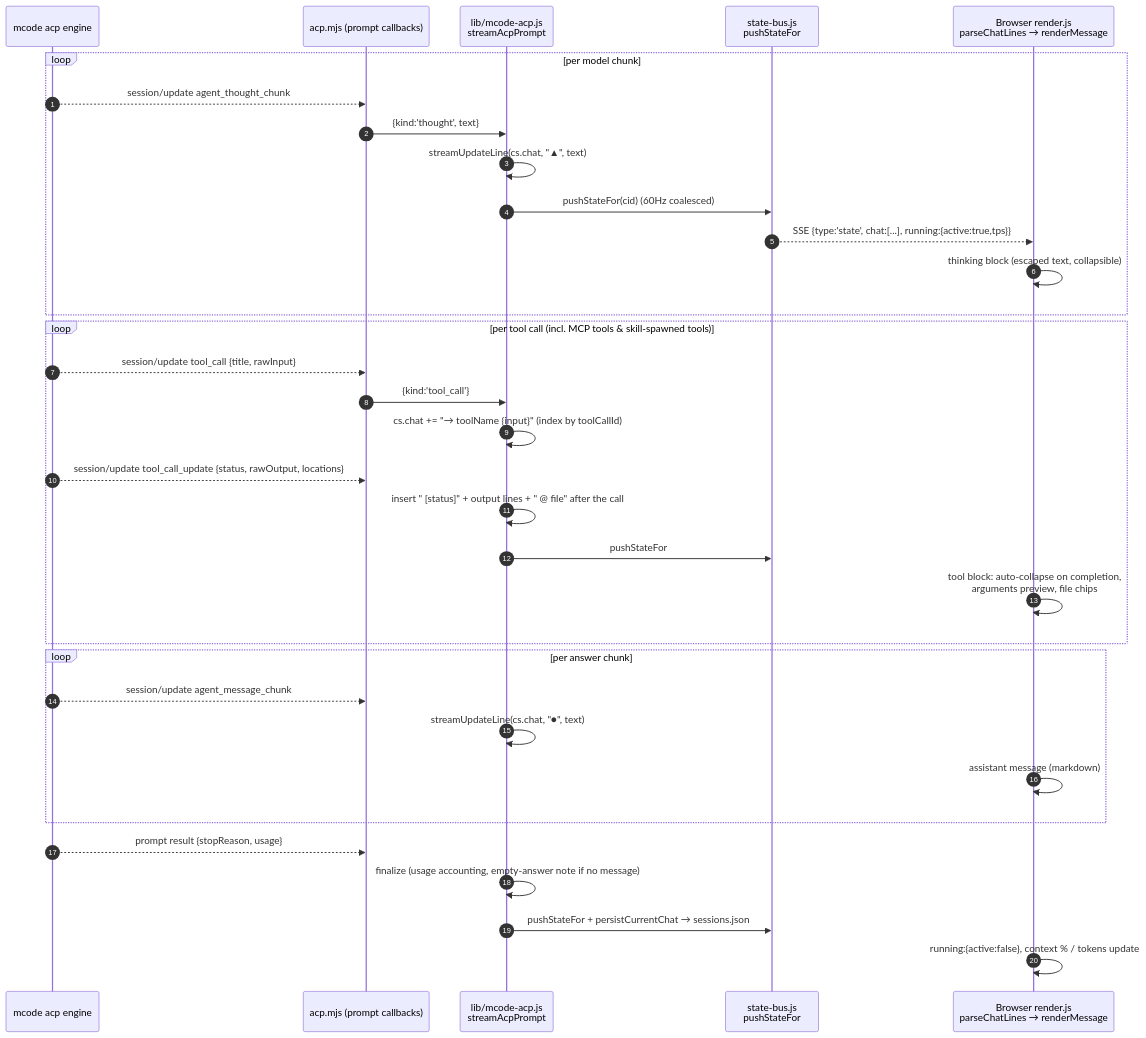
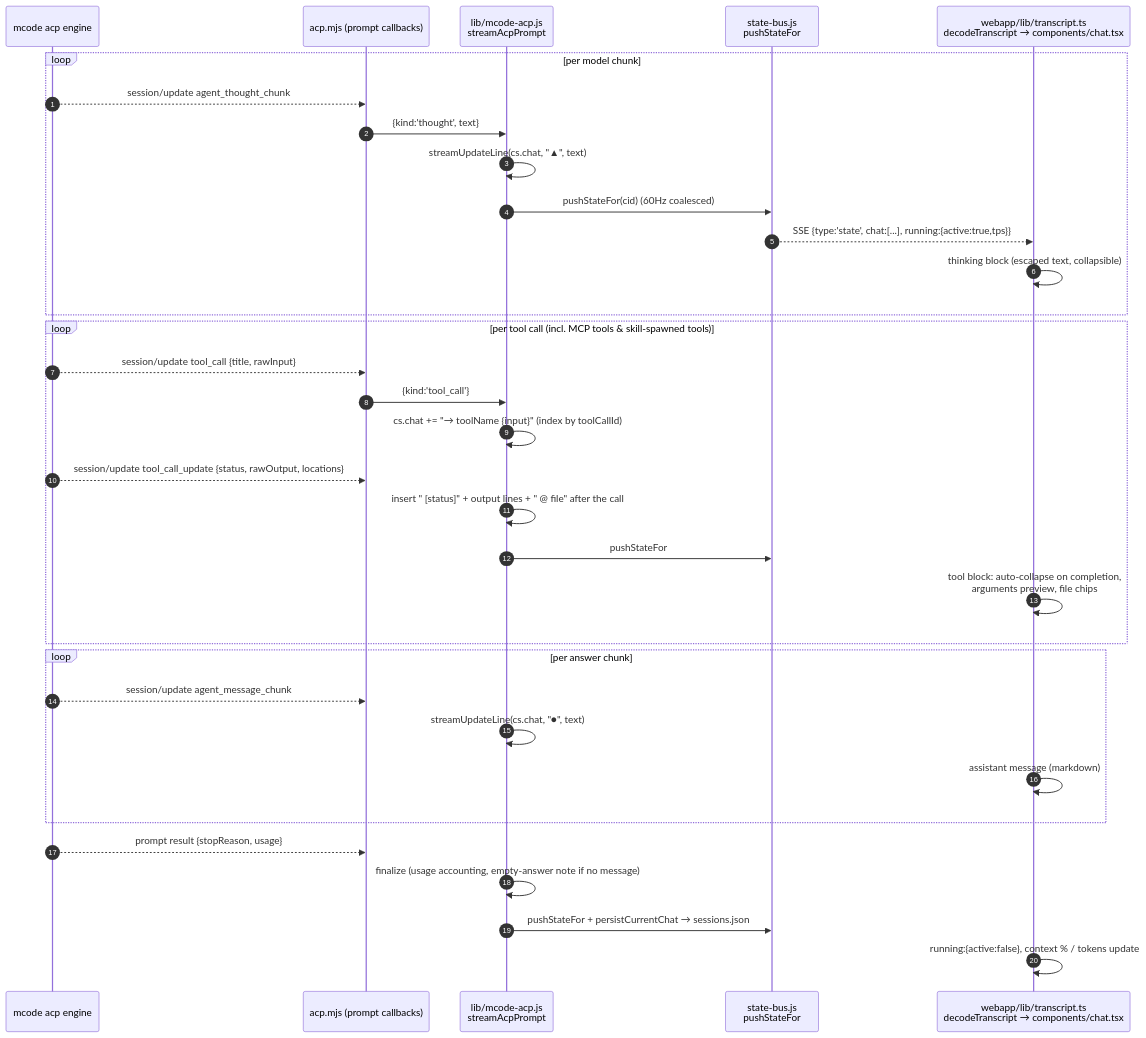
The second of 4 diagrams in packages/webui/docs/ARCHITECTURE.md (mcode-webui/minimax-code-web), drawn with Mermaid before and after one commit. The commit also changed other lines of this file and 1 other file, not shown here.

First line of the commit message:
docs(webui): correct twelve symbol citations in the architecture pair

````diff
--- a/packages/webui/docs/ARCHITECTURE.md
+++ b/packages/webui/docs/ARCHITECTURE.md
@@ -175,36 +177,36 @@
 ```mermaid
 sequenceDiagram
     autonumber
     participant E as mcode acp engine
     participant A as acp.mjs (prompt callbacks)
     participant M as lib/mcode-acp.js<br/>streamAcpPrompt
     participant S as state-bus.js<br/>pushStateFor
-    participant B as Browser render.js<br/>parseChatLines → renderMessage
+    participant B as webapp/lib/transcript.ts<br/>decodeTranscript → components/chat.tsx
 
     loop per model chunk
         E-->>A: session/update agent_thought_chunk
         A->>M: {kind:'thought', text}
         M->>M: streamUpdateLine(cs.chat, "▲", text)
         M->>S: pushStateFor(cid)  (60Hz coalesced)
         S-->>B: SSE {type:'state', chat:[...], running:{active:true,tps}}
         B->>B: thinking block (escaped text, collapsible)
     end
     loop per tool call (incl. MCP tools & skill-spawned tools)
         E-->>A: session/update tool_call {title, rawInput}
         A->>M: {kind:'tool_call'}
         M->>M: cs.chat += "→ toolName  {input}" (index by toolCallId)
         E-->>A: session/update tool_call_update {status, rawOutput, locations}
         M->>M: insert "  [status]" + output lines + "  @ file" after the call
         M->>S: pushStateFor
         B->>B: tool block: auto-collapse on completion,<br/>arguments preview, file chips
     end
     loop per answer chunk
         E-->>A: session/update agent_message_chunk
         M->>M: streamUpdateLine(cs.chat, "●", text)
         B->>B: assistant message (markdown)
     end
     E-->>A: prompt result {stopReason, usage}
     M->>M: finalize (usage accounting, empty-answer note if no message)
     M->>S: pushStateFor + persistCurrentChat → sessions.json
     B->>B: running:{active:false}, context % / tokens update
 ```
````
